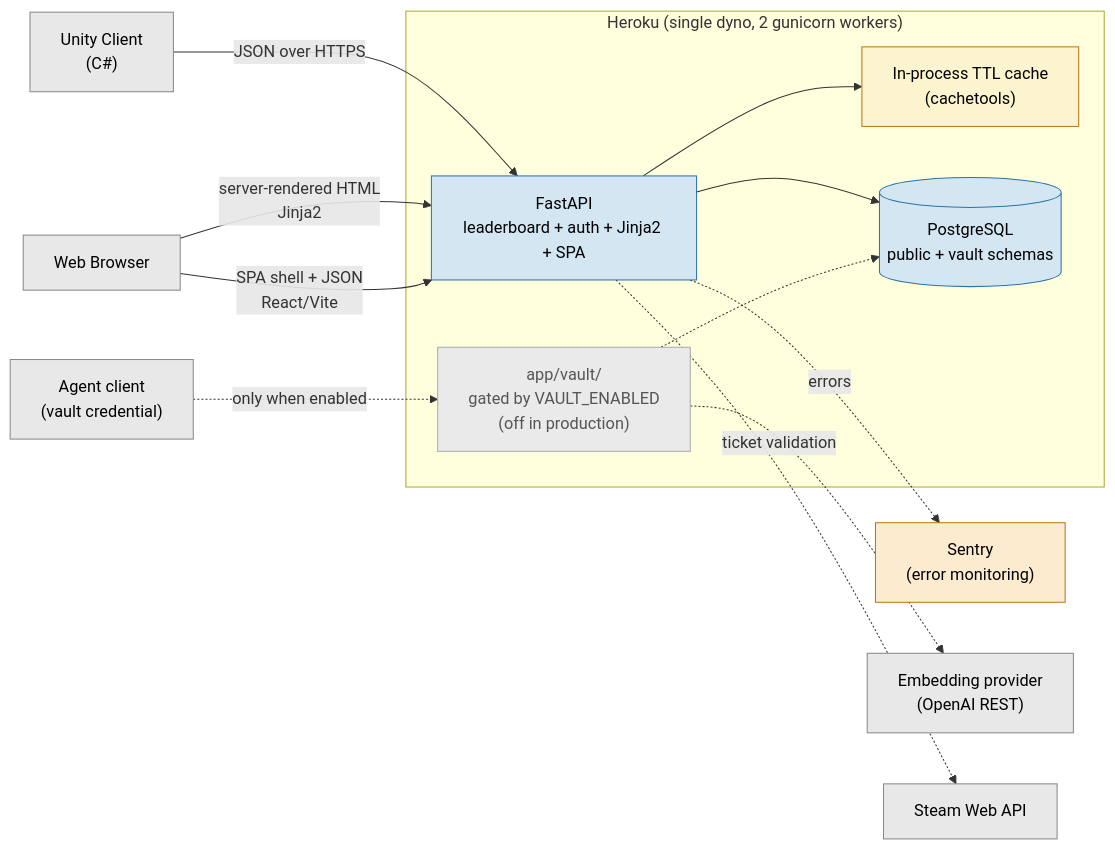
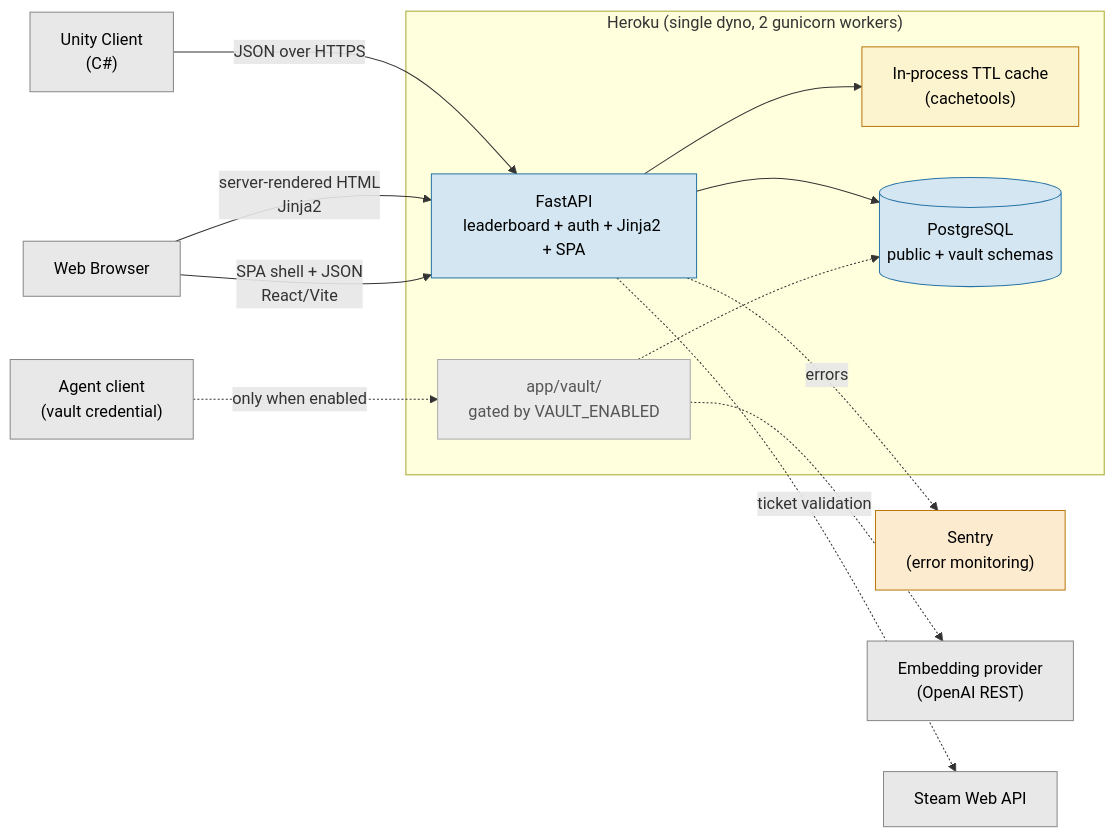
The first of 4 diagrams in README.md (EricMay256/HighScoreServer), drawn with Mermaid before and after one commit. The commit also changed other lines of this file and 11 other files, not shown here.

````diff
--- a/README.md
+++ b/README.md
@@ -22,35 +22,35 @@
 ```mermaid
 flowchart LR
     Unity["Unity Client<br/>(C#)"]
     Browser["Web Browser"]
     Agent["Agent client<br/>(vault credential)"]
     subgraph Heroku["Heroku (single dyno, 2 gunicorn workers)"]
         API["FastAPI<br/>leaderboard + auth + Jinja2 + SPA"]
         Cache["In-process TTL cache<br/>(cachetools)"]
-        Vault["app/vault/<br/>gated by VAULT_ENABLED<br/>(off in production)"]
+        Vault["app/vault/<br/>gated by VAULT_ENABLED"]
         Postgres[("PostgreSQL<br/>public + vault schemas")]
     end
     Sentry["Sentry<br/>(error monitoring)"]
     Embeddings["Embedding provider<br/>(OpenAI REST)"]
     Steam["Steam Web API"]
     Unity -->|JSON over HTTPS| API
     Browser -->|server-rendered HTML<br/>Jinja2| API
     Browser -->|SPA shell + JSON<br/>React/Vite| API
     Agent -.->|only when enabled| Vault
     API --> Postgres
     API --> Cache
     API -.->|ticket validation| Steam
     Vault -.-> Postgres
     Vault -.-> Embeddings
     API -.->|errors| Sentry
     classDef external fill:#e8e8e8,stroke:#888,color:#000
     classDef infra fill:#d4e6f1,stroke:#2874a6,color:#000
     classDef ephemeral fill:#fcf3cf,stroke:#b9770e,color:#000
     classDef monitoring fill:#fdebd0,stroke:#b9770e,color:#000
     classDef gated fill:#eaeaea,stroke:#aaa,color:#555
     class Unity,Browser,Agent,Steam,Embeddings external
     class API,Postgres infra
     class Cache ephemeral
     class Sentry monitoring
     class Vault gated
 ```
````
